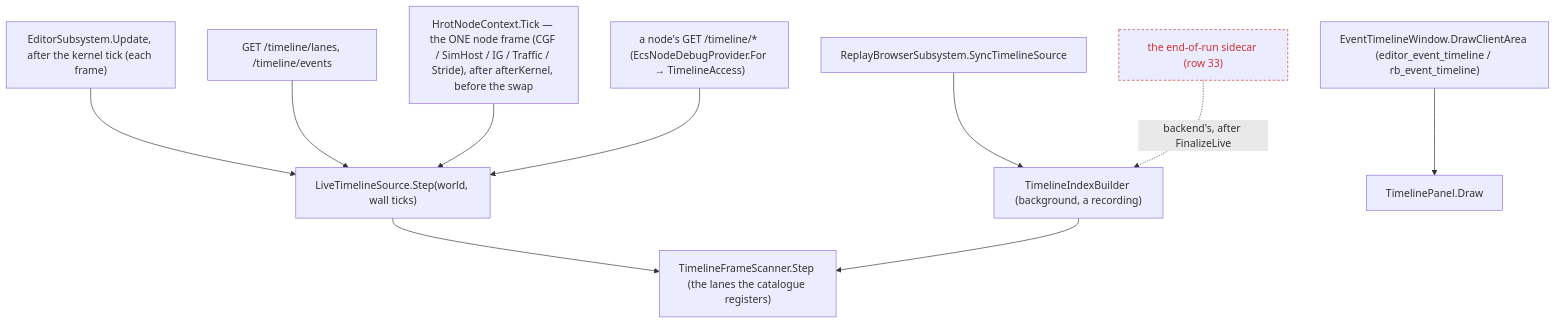
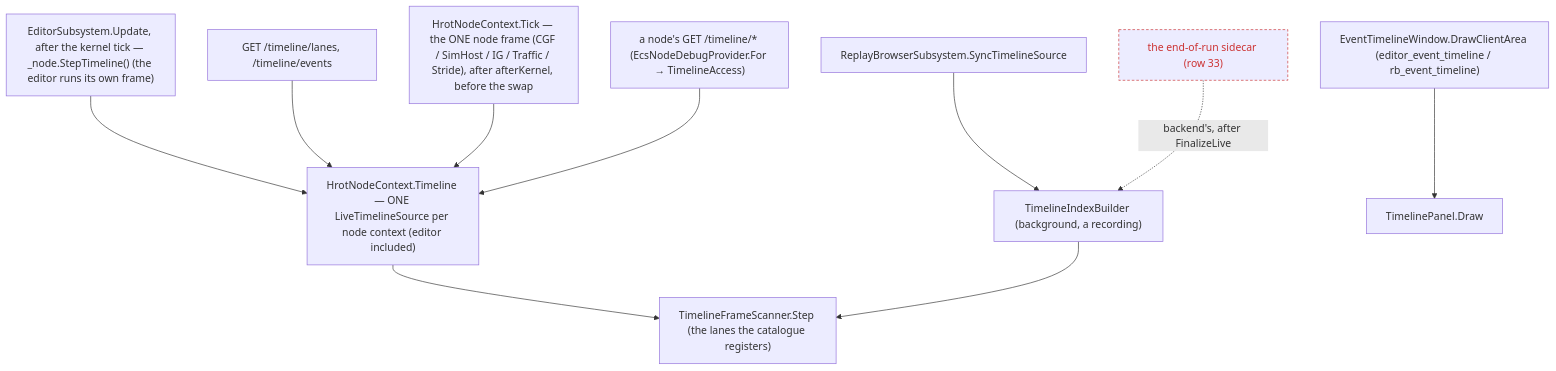
Before and after one commit to pjanec/HROT: the fourth of 16 diagrams in docs/DESIGN_Director_Timeline_Editor.md, drawn with Mermaid. The commit also changed other lines of this file and 5 other files, not shown here.

First line of the commit message:
CE-3330: the editor's live timeline is its node context's - one owner

````diff
--- a/docs/DESIGN_Director_Timeline_Editor.md
+++ b/docs/DESIGN_Director_Timeline_Editor.md
@@ -305,13 +305,13 @@
 ```mermaid
 graph TD
-  EDU["EditorSubsystem.Update, after the kernel tick (each frame)"] --> LTS["LiveTimelineSource.Step(world, wall ticks)"]
+  EDU["EditorSubsystem.Update, after the kernel tick — _node.StepTimeline() (the editor runs its own frame)"] --> LTS["HrotNodeContext.Timeline — ONE LiveTimelineSource per node context (editor included)"]
   LTS --> FS["TimelineFrameScanner.Step (the lanes the catalogue registers)"]
   BLD["TimelineIndexBuilder (background, a recording)"] --> FS
   RBU["ReplayBrowserSubsystem.SyncTimelineSource"] --> BLD
   WIN["EventTimelineWindow.DrawClientArea (editor_event_timeline / rb_event_timeline)"] --> PAN["TimelinePanel.Draw"]
   API["GET /timeline/lanes, /timeline/events"] --> LTS
   NT["HrotNodeContext.Tick — the ONE node frame (CGF / SimHost / IG / Traffic / Stride), after afterKernel, before the swap"] --> LTS
   NAPI["a node's GET /timeline/* (EcsNodeDebugProvider.For → TimelineAccess)"] --> LTS
   SC["the end-of-run sidecar (row 33)"]:::dead -.->|"backend's, after FinalizeLive"| BLD
   classDef dead stroke:#c33,stroke-dasharray:4 3,color:#c33
 ```
````
